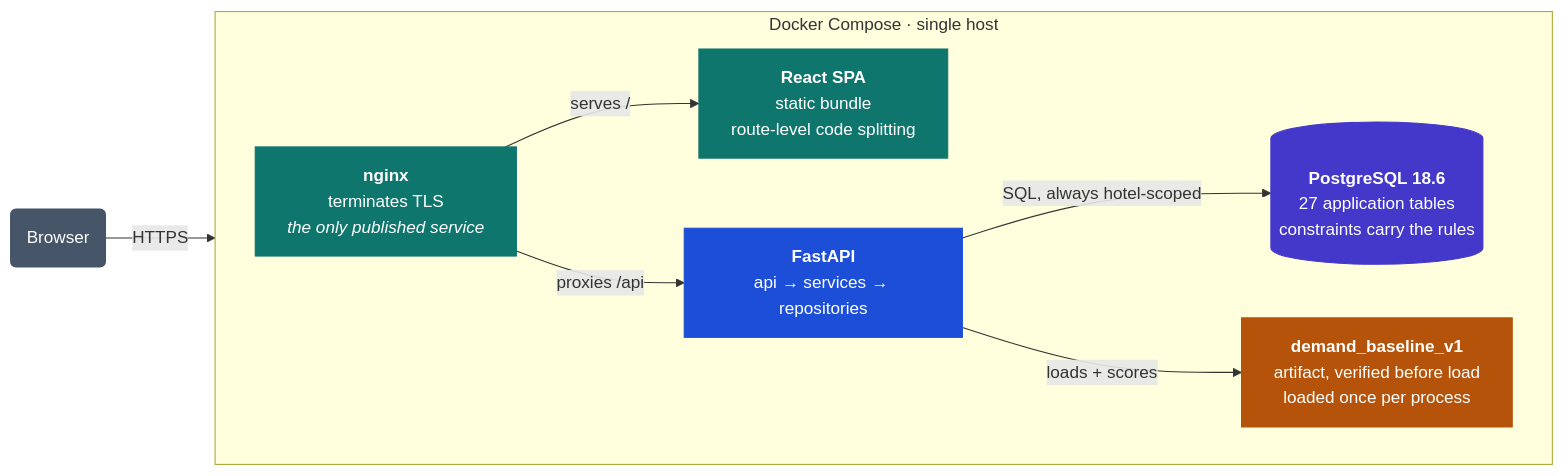
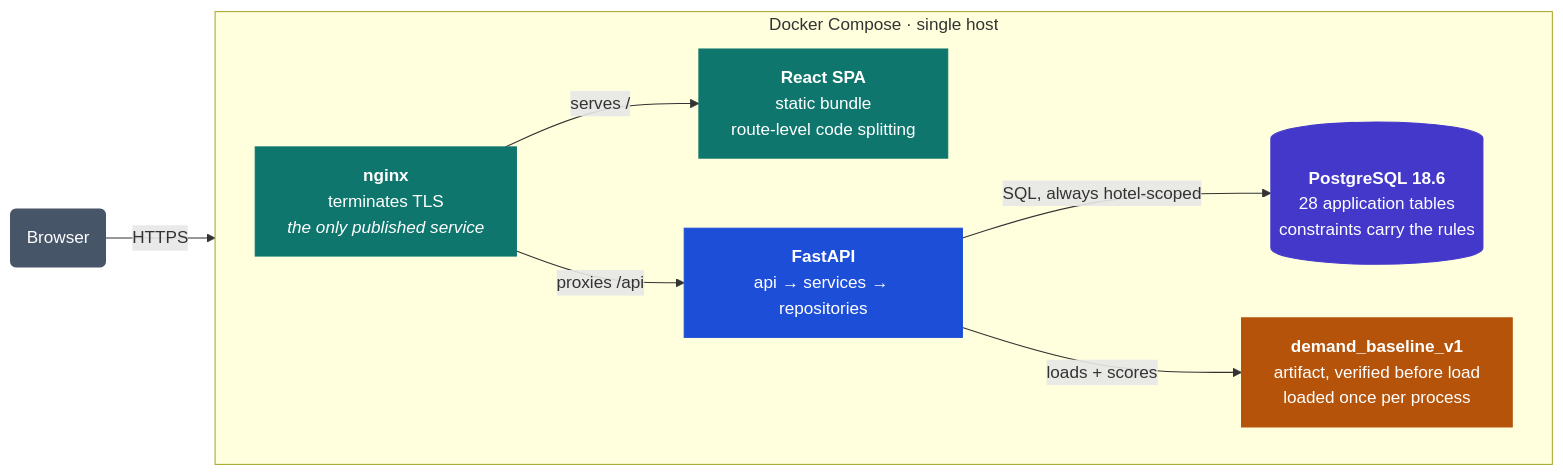
Before and after one commit to geortsam/AI_Hotel_Intelligence_Platform: the first of 3 diagrams in README.md, drawn with Mermaid. The commit also changed other lines of this file and 60 other files, not shown here.

````diff
--- a/README.md
+++ b/README.md
@@ -221,30 +221,30 @@
 ```mermaid
 flowchart LR
     B("Browser")
 
     subgraph host["Docker Compose · single host"]
         direction LR
         N["<b>nginx</b><br/>terminates TLS<br/><i>the only published service</i>"]
         S["<b>React SPA</b><br/>static bundle<br/>route-level code splitting"]
         A["<b>FastAPI</b><br/>api → services → repositories"]
         M["<b>demand_baseline_v1</b><br/>artifact, verified before load<br/>loaded once per process"]
-        D[("<b>PostgreSQL 18.6</b><br/>27 application tables<br/>constraints carry the rules")]
+        D[("<b>PostgreSQL 18.6</b><br/>28 application tables<br/>constraints carry the rules")]
     end
 
     B -- "HTTPS" --> N
     N -- "serves /" --> S
     N -- "proxies /api" --> A
     A -- "SQL, always hotel-scoped" --> D
     A -- "loads + scores" --> M
 
     classDef edge fill:#0f766e,stroke:#0f766e,color:#ffffff
     classDef app fill:#1d4ed8,stroke:#1d4ed8,color:#ffffff
     classDef data fill:#4338ca,stroke:#4338ca,color:#ffffff
     classDef model fill:#b45309,stroke:#b45309,color:#ffffff
     classDef ext fill:#475569,stroke:#475569,color:#ffffff
     class N,S edge
     class A app
     class D data
     class M model
     class B ext
 ```
````
